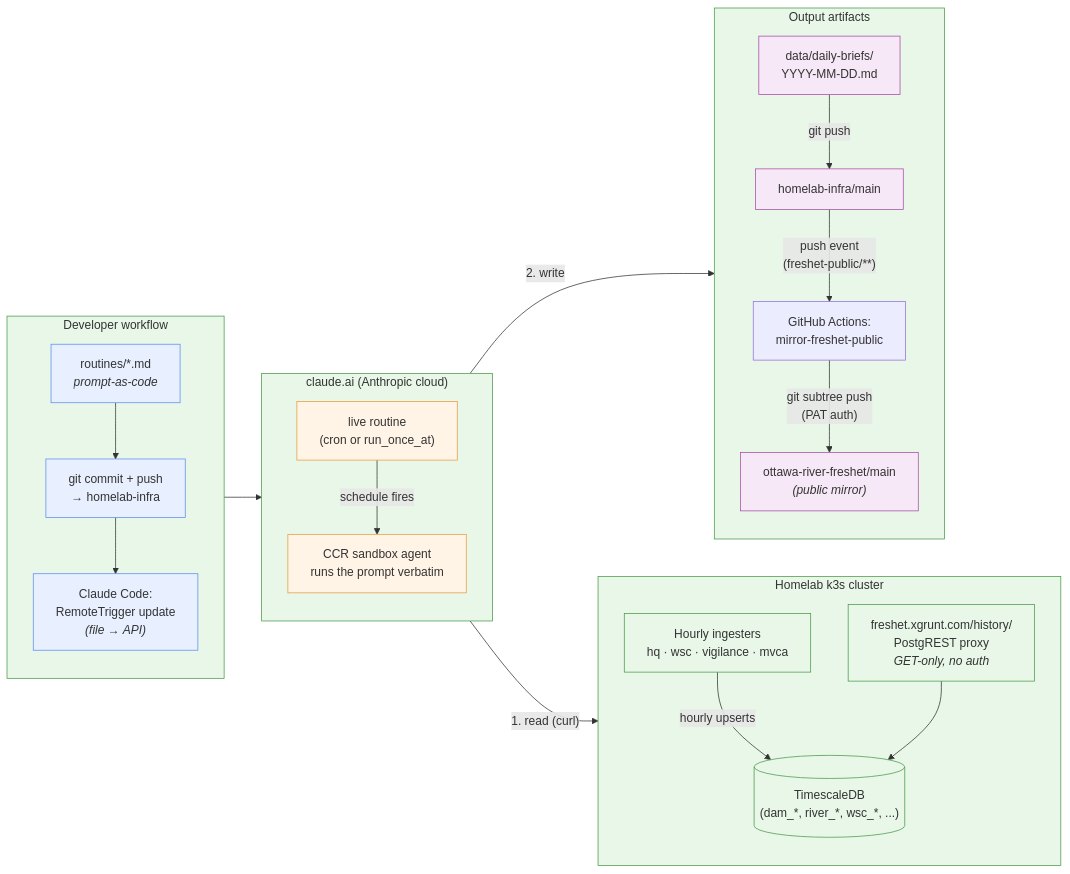
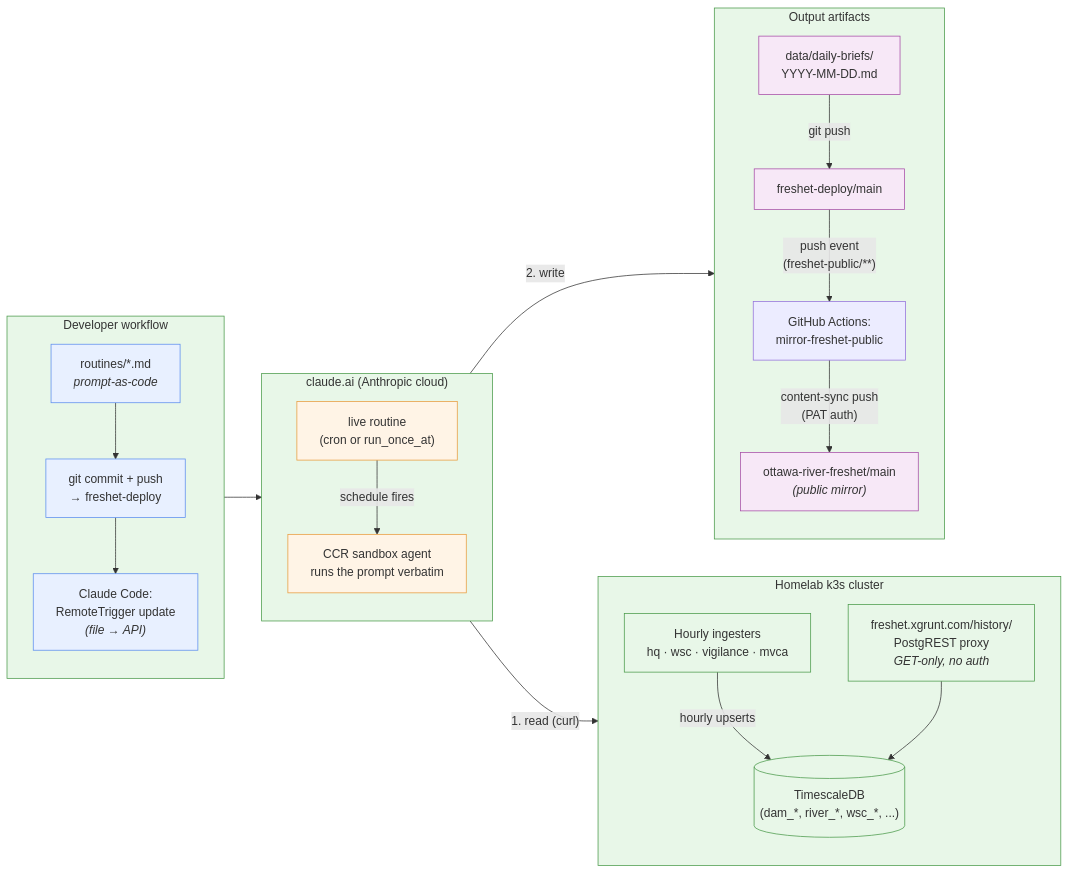
Before and after one commit to aachtenberg/ottawa-river-freshet: the diagram in routines/README.md, drawn with Mermaid. The commit also changed other lines of this file and 1 other file, not shown here.

Commit message:
routine(freshet-brief): sync prompt-as-code to live freshet-deploy refs [mirror]

````diff
--- a/routines/README.md
+++ b/routines/README.md
@@ -31,50 +31,50 @@
 ```mermaid
 flowchart LR
     subgraph dev["Developer workflow"]
         direction TB
         file["routines/*.md<br/><i>prompt-as-code</i>"]
-        commit["git commit + push<br/>→ homelab-infra"]
+        commit["git commit + push<br/>→ freshet-deploy"]
         push["Claude Code:<br/>RemoteTrigger update<br/><i>(file → API)</i>"]
         file --> commit --> push
     end
 
     subgraph cloud["claude.ai (Anthropic cloud)"]
         direction TB
         live["live routine<br/>(cron or run_once_at)"]
         agent["CCR sandbox agent<br/>runs the prompt verbatim"]
         live -- "schedule fires" --> agent
     end
 
     subgraph homelab["Homelab k3s cluster"]
         direction TB
         proxy["freshet.xgrunt.com/history/<br/>PostgREST proxy<br/><i>GET-only, no auth</i>"]
         db[("TimescaleDB<br/>(dam_*, river_*, wsc_*, ...)")]
         ingest["Hourly ingesters<br/>hq · wsc · vigilance · mvca"]
         ingest -- "hourly upserts" --> db
         proxy --> db
     end
 
     subgraph artifacts["Output artifacts"]
         direction TB
         brief["data/daily-briefs/<br/>YYYY-MM-DD.md"]
-        homelabrepo["homelab-infra/main"]
+        homelabrepo["freshet-deploy/main"]
         gha["GitHub Actions:<br/>mirror-freshet-public"]
         public["ottawa-river-freshet/main<br/><i>(public mirror)</i>"]
         brief -- "git push" --> homelabrepo
         homelabrepo -- "push event<br/>(freshet-public/**)" --> gha
-        gha -- "git subtree push<br/>(PAT auth)" --> public
+        gha -- "content-sync push<br/>(PAT auth)" --> public
     end
 
     push --> live
     agent -- "1. read (curl)" --> proxy
     agent -- "2. write" --> brief
 
     classDef src fill:#e8f0ff,stroke:#5b8def
     classDef cloud fill:#fff4e6,stroke:#e89b3c
     classDef cluster fill:#e8f7e8,stroke:#4a9a4a
     classDef out fill:#f7e8f7,stroke:#a64ca6
     class file,commit,push src
     class live,agent cloud
     class proxy,db,ingest cluster
     class brief,homelabrepo,public out
 ```
````
